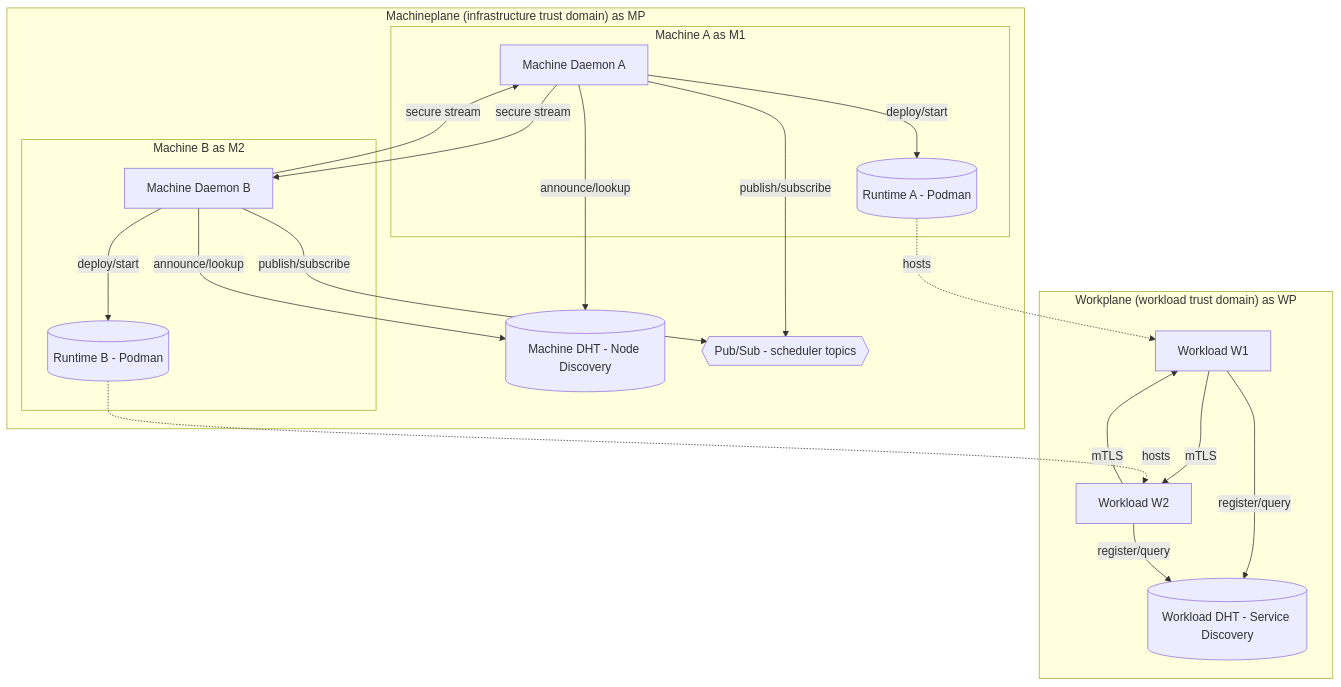
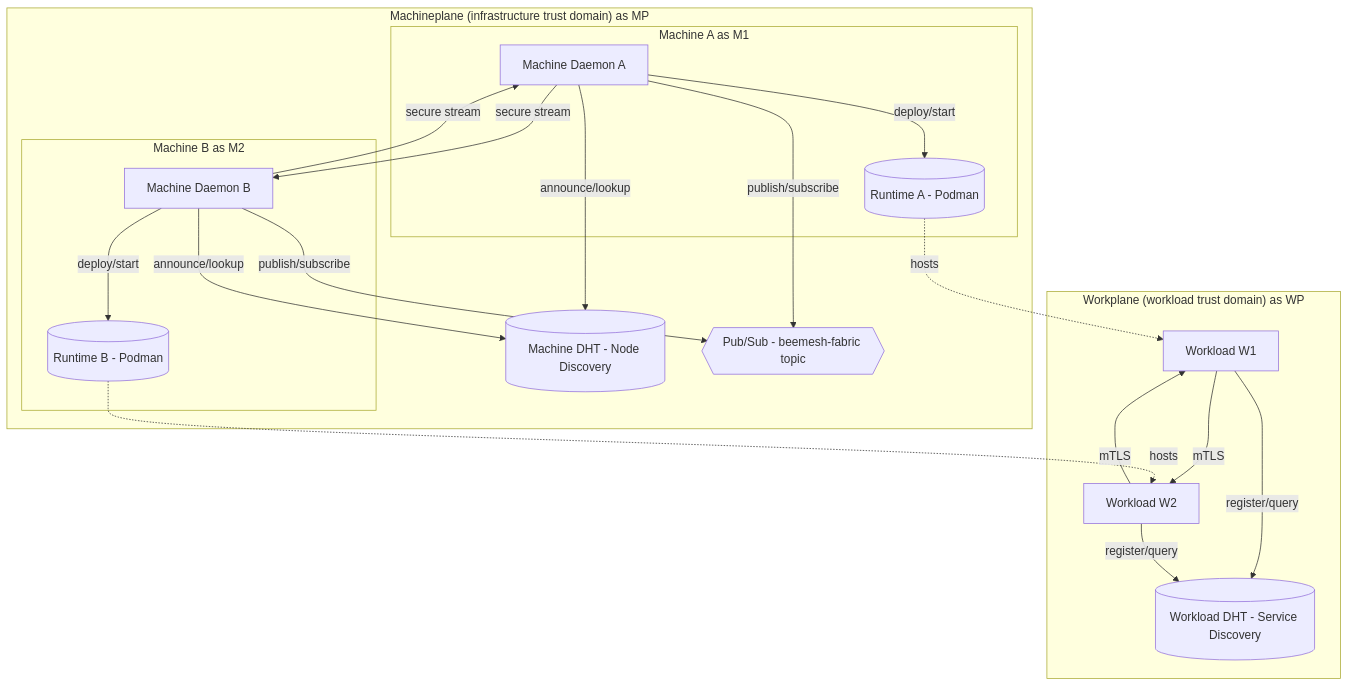
Before and after one commit to beemesh/beemesh: the diagram in README.md, drawn with Mermaid. The commit also changed other lines of this file and 2 other files, not shown here.

````diff
--- a/README.md
+++ b/README.md
@@ -98,46 +98,46 @@
 ```mermaid
 flowchart TB
   %% ===== Workplane (per-workload trust domain) =====
   subgraph "Workplane (workload trust domain)" as WP
     WDHT[(Workload DHT - Service Discovery)]
     W1[Workload W1]
     W2[Workload W2]
 
     W1 -->|mTLS| W2
     W2 -->|mTLS| W1
 
     W1 -->|register/query| WDHT
     W2 -->|register/query| WDHT
   end
 
   %% ===== Machineplane (infrastructure trust domain) =====
   subgraph "Machineplane (infrastructure trust domain)" as MP
     MDHT[(Machine DHT - Node Discovery)]
-    PS{{Pub/Sub - scheduler topics}}
+    PS{{Pub/Sub - beemesh-fabric topic}}
 
     subgraph "Machine A" as M1
       D1[Machine Daemon A]
       R1[(Runtime A - Podman)]
     end
 
     subgraph "Machine B" as M2
       D2[Machine Daemon B]
       R2[(Runtime B - Podman)]
     end
 
     D1 -->|secure stream| D2
     D2 -->|secure stream| D1
 
     D1 -->|announce/lookup| MDHT
     D2 -->|announce/lookup| MDHT
 
     D1 -->|publish/subscribe| PS
     D2 -->|publish/subscribe| PS
   end
 
   D1 -->|deploy/start| R1
   D2 -->|deploy/start| R2
 
   R1 -.hosts.-> W1
   R2 -.hosts.-> W2
 ```
````
